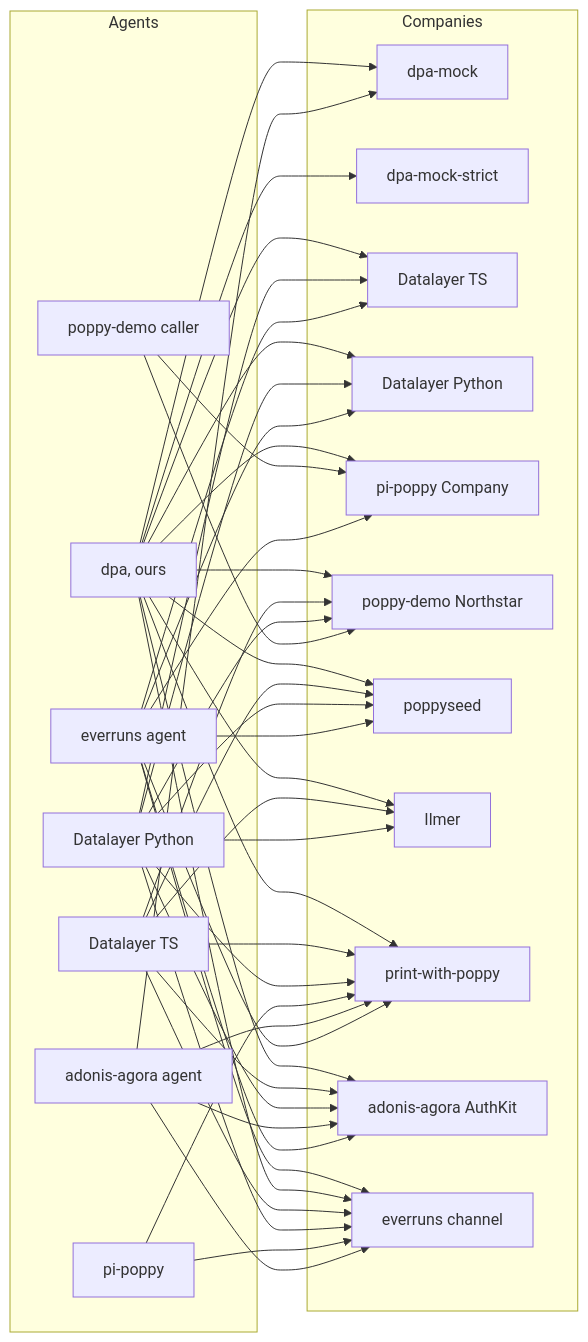
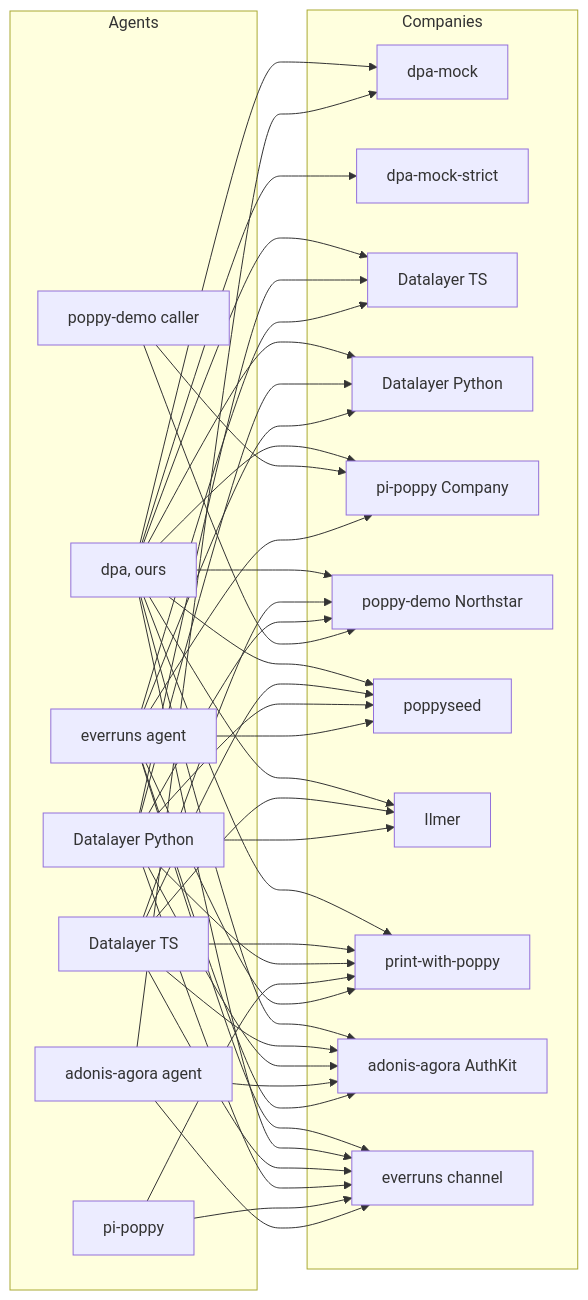
Before and after one commit to adewale/pda: the diagram in docs/ecosystem.md, drawn with Mermaid. The commit also changed other lines of this file and 19 other files, not shown here.

````diff
--- a/docs/ecosystem.md
+++ b/docs/ecosystem.md
@@ -164,33 +164,33 @@
 ```mermaid
 flowchart LR
   subgraph Agents
     dpa[dpa, ours]
     dlts[Datalayer TS]
     dlpy[Datalayer Python]
     pi[pi-poppy]
     demo[poppy-demo caller]
     adonis[adonis-agora agent]
     evag[everruns agent]
   end
   subgraph Companies
     mock[dpa-mock]
     strict[dpa-mock-strict]
     mts[Datalayer TS]
     mpy[Datalayer Python]
     pico[pi-poppy Company]
     north[poppy-demo Northstar]
     seed[poppyseed]
     ilmer[Ilmer]
     pwp[print-with-poppy]
     authkit[adonis-agora AuthKit]
     evco[everruns channel]
   end
   dpa --> mock & strict & mts & mpy & pico & north & seed & ilmer & pwp & authkit
   dlts --> north & seed & ilmer & pwp & authkit
   dlpy --> mts & mpy & north & seed & ilmer & pwp & authkit
   pi --> pwp
   demo --> pico & north
-  adonis --> mock & pwp & authkit
+  adonis --> mock & authkit
   evag --> mts & mpy & pico & seed & pwp & authkit & evco
   dpa & dlts & dlpy & pi & adonis --> evco
 ```
````
